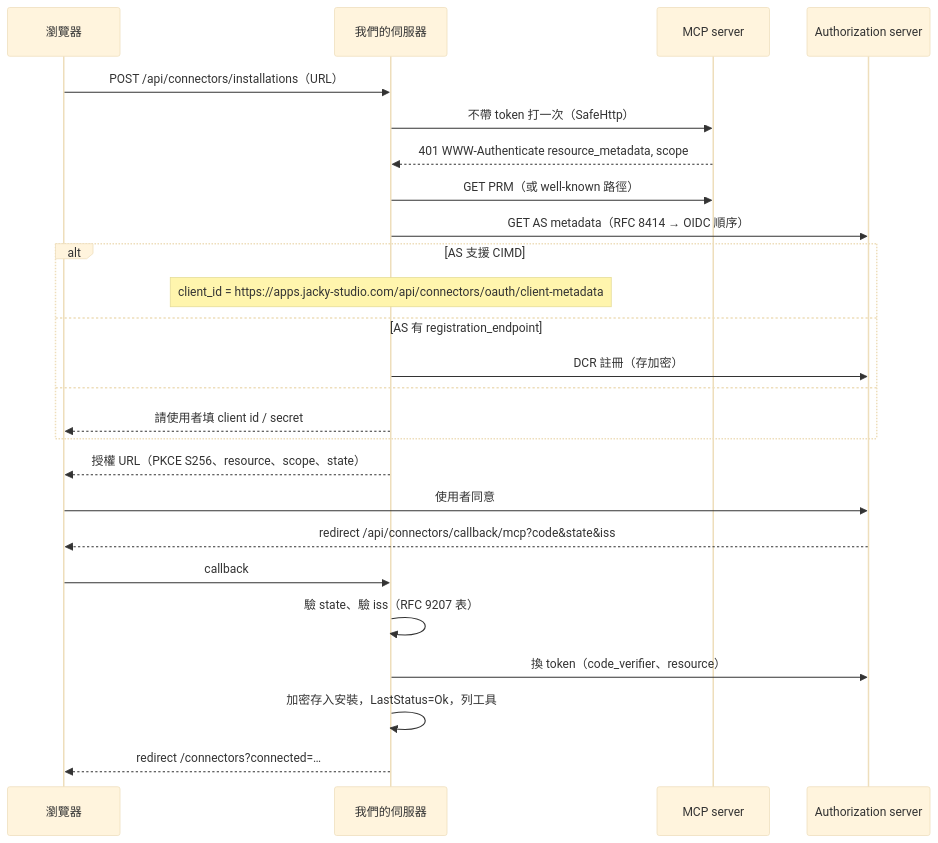
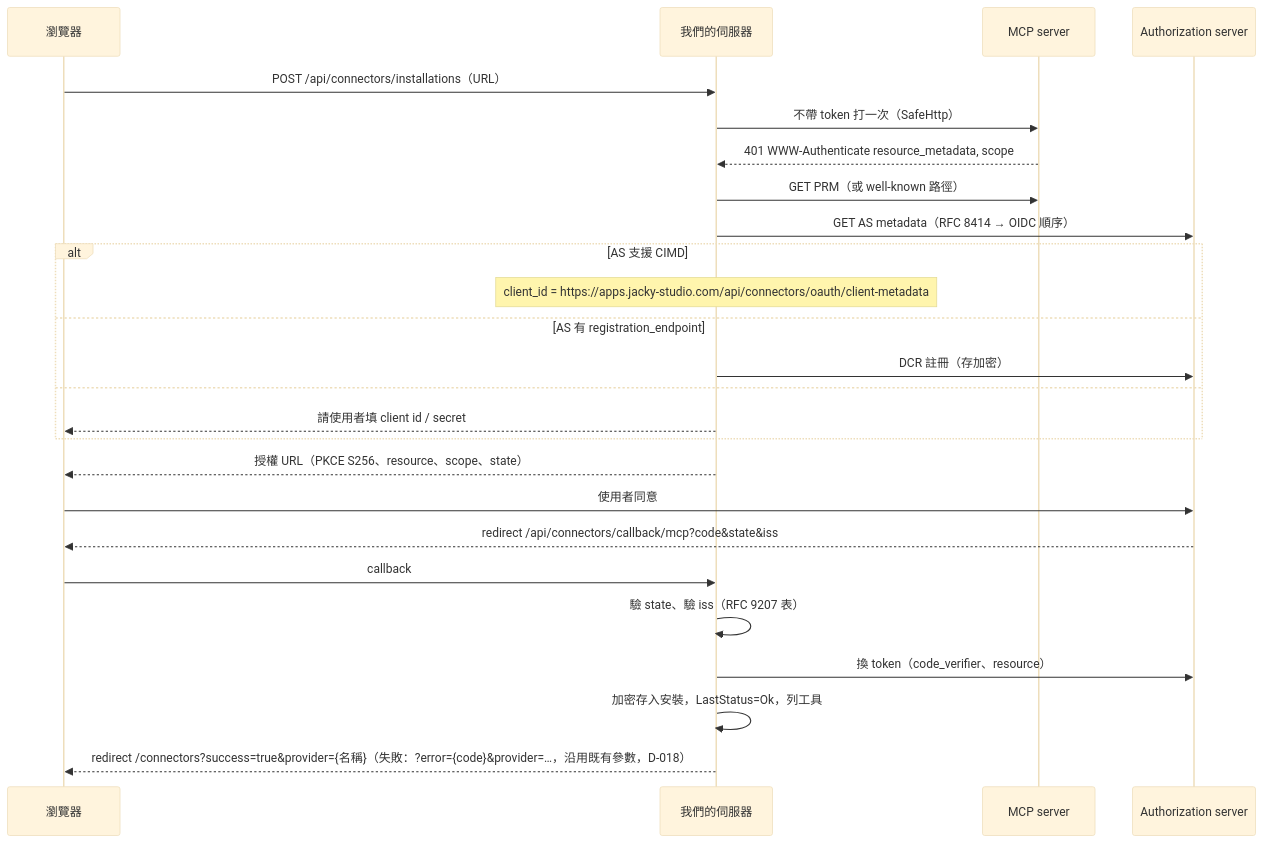
Before and after one commit to twjackysu/JackyAIApp: the second of 2 diagrams in docs/ai-native/design/03-connector-architecture.md, drawn with Mermaid (base theme). The commit also changed 3 other files, not shown here.

````diff
--- a/docs/ai-native/design/03-connector-architecture.md
+++ b/docs/ai-native/design/03-connector-architecture.md
@@ -129,27 +129,27 @@
 ```mermaid
 sequenceDiagram
   participant B as 瀏覽器
   participant S as 我們的伺服器
   participant M as MCP server
   participant A as Authorization server
   B->>S: POST /api/connectors/installations（URL）
   S->>M: 不帶 token 打一次（SafeHttp）
   M-->>S: 401 WWW-Authenticate resource_metadata, scope
   S->>M: GET PRM（或 well-known 路徑）
   S->>A: GET AS metadata（RFC 8414 → OIDC 順序）
   alt AS 支援 CIMD
     Note over S: client_id = https://apps.jacky-studio.com/api/connectors/oauth/client-metadata
   else AS 有 registration_endpoint
     S->>A: DCR 註冊（存加密）
   else
     S-->>B: 請使用者填 client id / secret
   end
   S-->>B: 授權 URL（PKCE S256、resource、scope、state）
   B->>A: 使用者同意
   A-->>B: redirect /api/connectors/callback/mcp?code&state&iss
   B->>S: callback
   S->>S: 驗 state、驗 iss（RFC 9207 表）
   S->>A: 換 token（code_verifier、resource）
   S->>S: 加密存入安裝，LastStatus=Ok，列工具
-  S-->>B: redirect /connectors?connected=…
+  S-->>B: redirect /connectors?success=true&provider={名稱}（失敗：?error={code}&provider=…，沿用既有參數，D-018）
 ```
````
